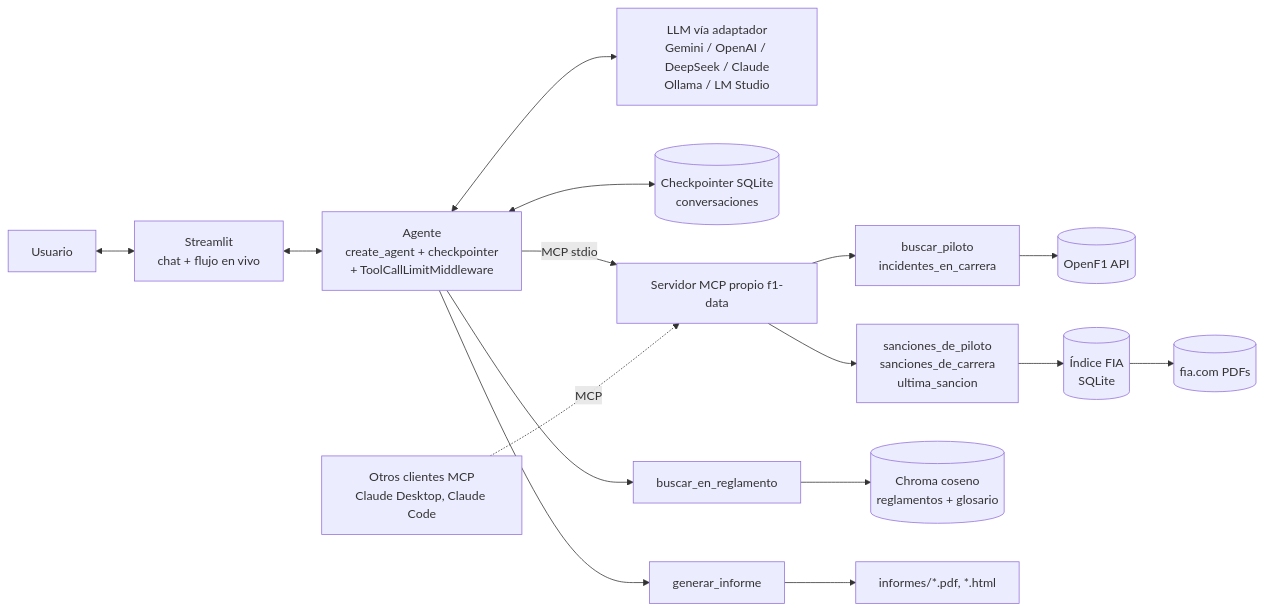
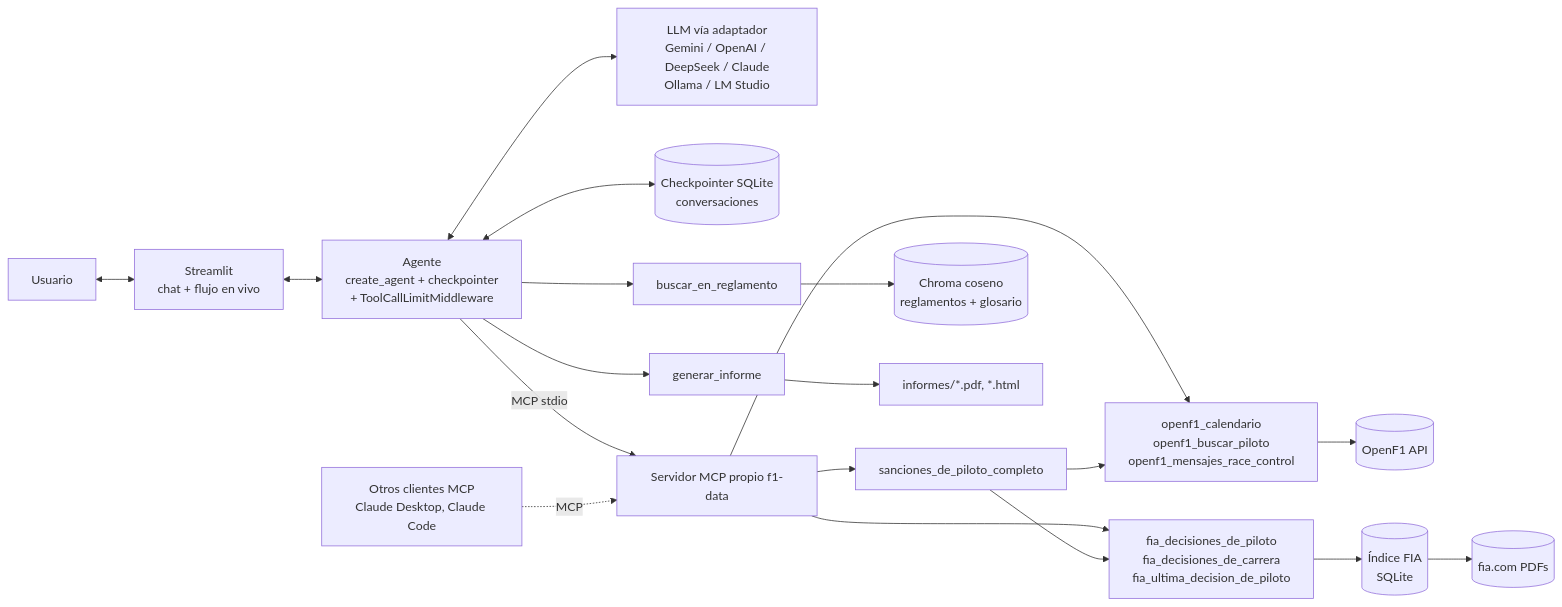
One commit to Gonzalez-Matias/f1_rag changed the diagram in README.md. Above: the diagram before and after it, drawn with Mermaid. The commit also changed other lines of this file and 4 other files, not shown here.

````diff
--- a/README.md
+++ b/README.md
@@ -21,17 +19,18 @@
 ```mermaid
 flowchart LR
     U[Usuario] <--> UI[Streamlit<br/>chat + flujo en vivo]
     UI <--> A[Agente<br/>create_agent + checkpointer<br/>+ ToolCallLimitMiddleware]
     A <--> LLM[LLM vía adaptador<br/>Gemini / OpenAI / DeepSeek / Claude<br/>Ollama / LM Studio]
     A <--> CK[(Checkpointer SQLite<br/>conversaciones)]
     A -- MCP stdio --> S[Servidor MCP propio f1-data]
-    S --> T1[buscar_piloto<br/>incidentes_en_carrera]
-    S --> T2[sanciones_de_piloto<br/>sanciones_de_carrera<br/>ultima_sancion]
+    S --> T1[openf1_calendario<br/>openf1_buscar_piloto<br/>openf1_mensajes_race_control]
+    S --> T2[fia_decisiones_de_piloto<br/>fia_decisiones_de_carrera<br/>fia_ultima_decision_de_piloto]
+    S --> T5[sanciones_de_piloto_completo] --> T1 & T2
     A --> T3[buscar_en_reglamento]
     A --> T4[generar_informe]
     T1 --> OF[(OpenF1 API)]
     T2 --> FC[(Índice FIA<br/>SQLite)] --> FIA[(fia.com PDFs)]
     T3 --> CH[(Chroma coseno<br/>reglamentos + glosario)]
     T4 --> MD[informes/*.pdf, *.html]
     OTRO[Otros clientes MCP<br/>Claude Desktop, Claude Code] -. MCP .-> S
 ```
````
